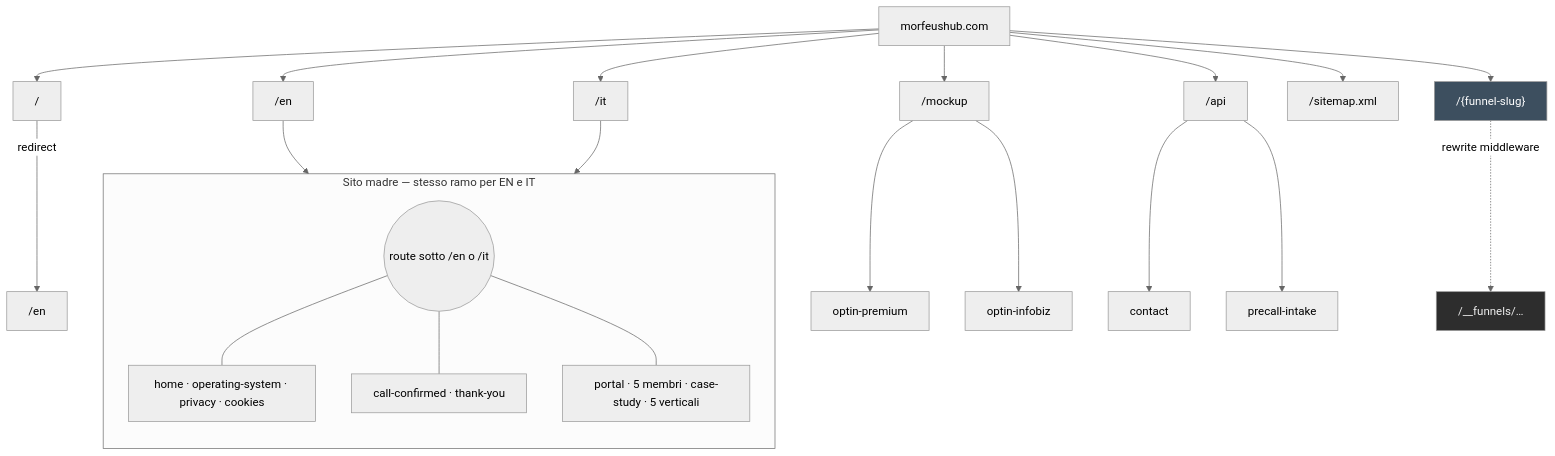
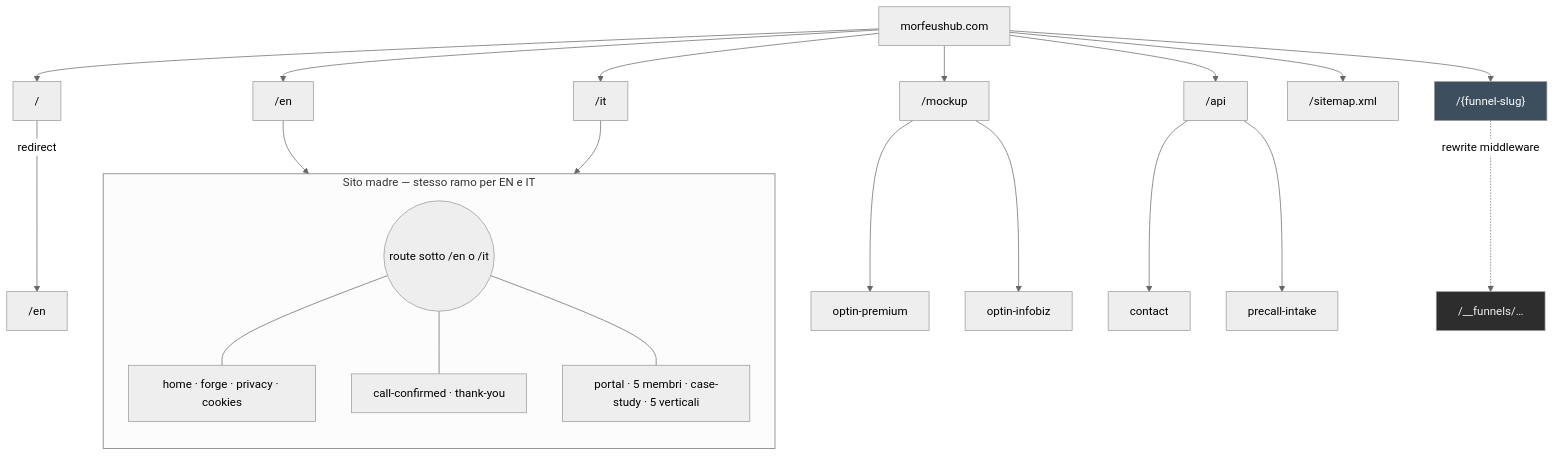
The first of 2 diagrams in docs/site-tree.md (mattarna/morfeus-website), drawn with Mermaid (neutral theme) before and after one commit. The commit also changed other lines of this file and 16 other files, not shown here.

````diff
--- a/docs/site-tree.md
+++ b/docs/site-tree.md
@@ -132,37 +132,37 @@
 ```mermaid
 flowchart TB
   DOM["morfeushub.com"]
 
   DOM --> ROOT["/"]
   ROOT -->|"redirect"| EN_DEFAULT["/en"]
 
   DOM --> EN["/en"]
   DOM --> IT["/it"]
 
   subgraph LOC["Sito madre — stesso ramo per EN e IT"]
     direction TB
     HUB((route sotto /en o /it))
-    HUB --- G1["home · operating-system · privacy · cookies"]
+    HUB --- G1["home · forge · privacy · cookies"]
     HUB --- G2["call-confirmed · thank-you"]
     HUB --- G3["portal · 5 membri · case-study · 5 verticali"]
   end
 
   EN --> LOC
   IT --> LOC
 
   DOM --> MOCK["/mockup"]
   MOCK --> M1["optin-premium"]
   MOCK --> M2["optin-infobiz"]
 
   DOM --> API["/api"]
   API --> AC["contact"]
   API --> PR["precall-intake"]
 
   DOM --> SMAP["/sitemap.xml"]
 
   DOM --> FUN["/{funnel-slug}"]
   FUN -.->|"rewrite middleware"| INTERNAL["/__funnels/…"]
 
   style INTERNAL fill:#2d2d2d,color:#eee
   style FUN fill:#3d4f5f,color:#fff
 ```
````
